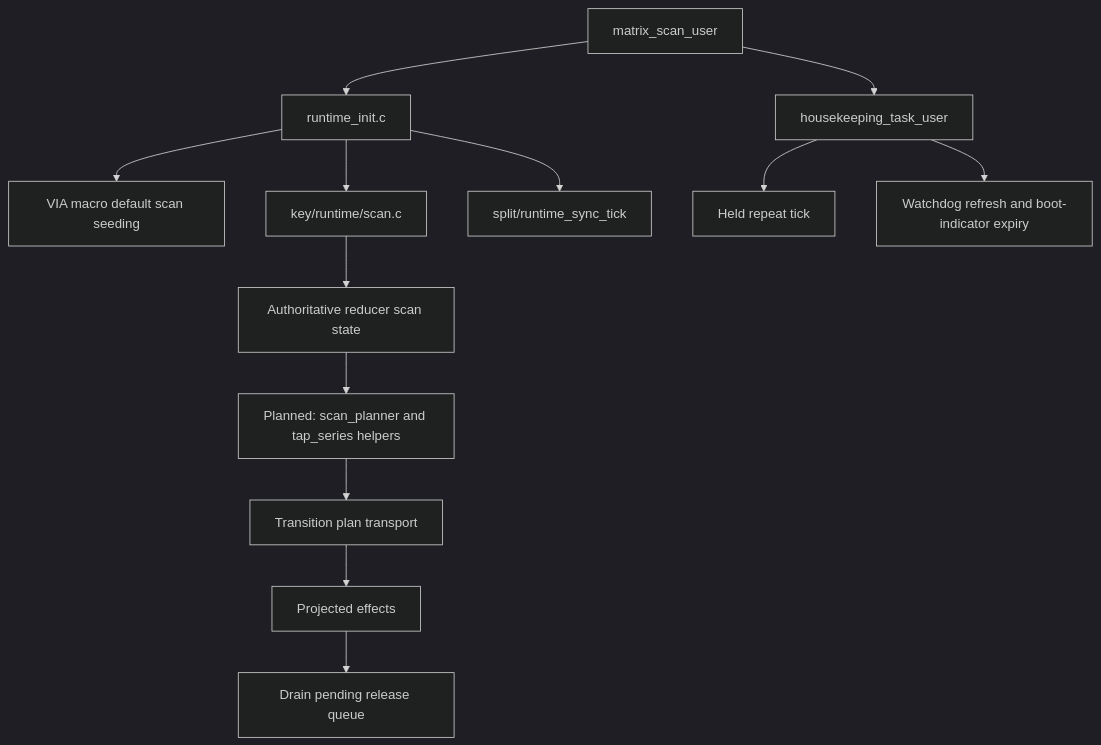
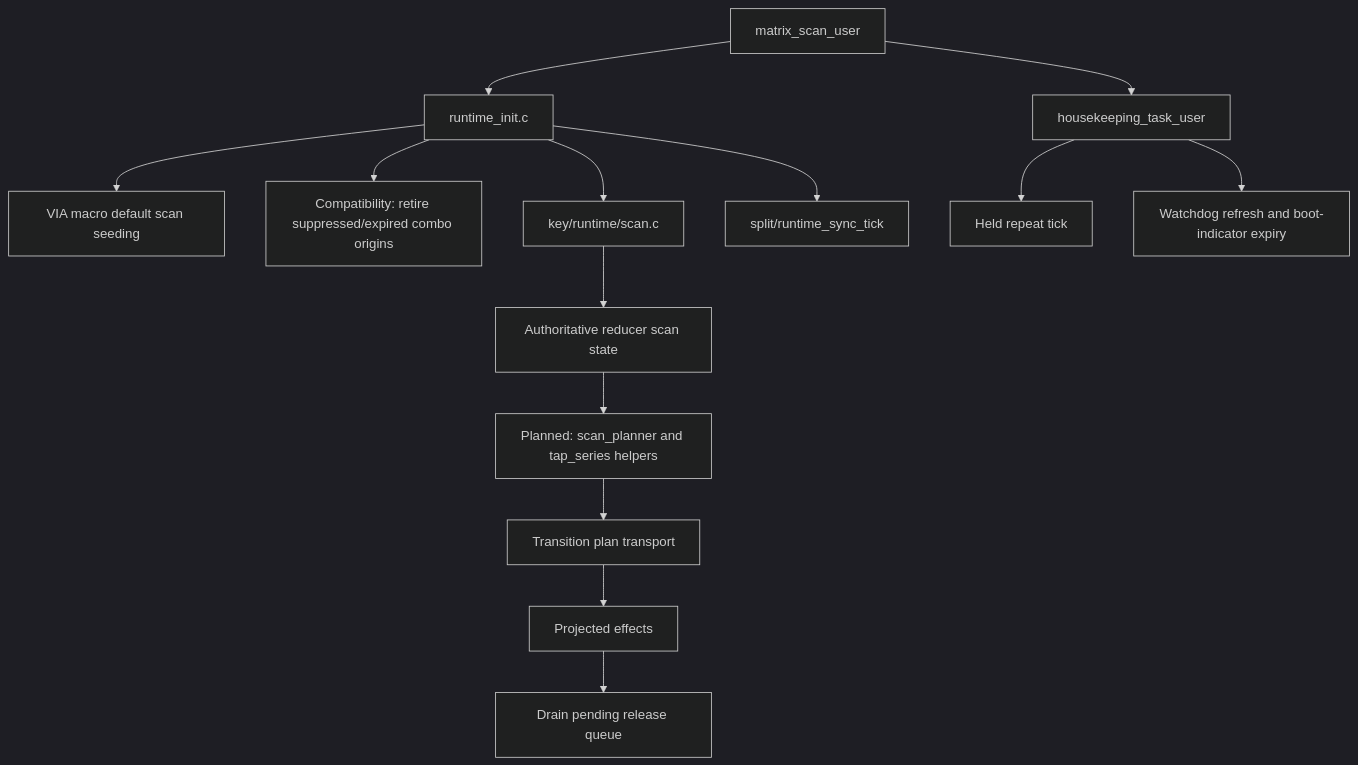
Before and after one commit to NoahCLR/charybdis-4x6: the fourth of 10 diagrams in docs/architecture/runtime-flow.md, drawn with Mermaid (dark theme). The commit also changed other lines of this file and 19 other files, not shown here.

````diff
--- a/docs/architecture/runtime-flow.md
+++ b/docs/architecture/runtime-flow.md
@@ -86,15 +87,16 @@
 ```mermaid
 flowchart TD
     scan["matrix_scan_user"] --> init["runtime_init.c"]
     init --> via["VIA macro default scan seeding"]
+    init --> combo["Compatibility: retire suppressed/expired combo origins"]
     init --> key_scan["key/runtime/scan.c"]
     key_scan --> reducer_scan["Authoritative reducer scan state"]
     reducer_scan --> scan_plan["Planned: scan_planner and tap_series helpers"]
     scan_plan --> transition["Transition plan transport"]
     transition --> projection["Projected effects"]
     projection --> pending["Drain pending release queue"]
     init --> split["split/runtime_sync_tick"]
     scan --> housekeeping["housekeeping_task_user"]
     housekeeping --> repeat["Held repeat tick"]
     housekeeping --> diag["Watchdog refresh and boot-indicator expiry"]
 ```
````
